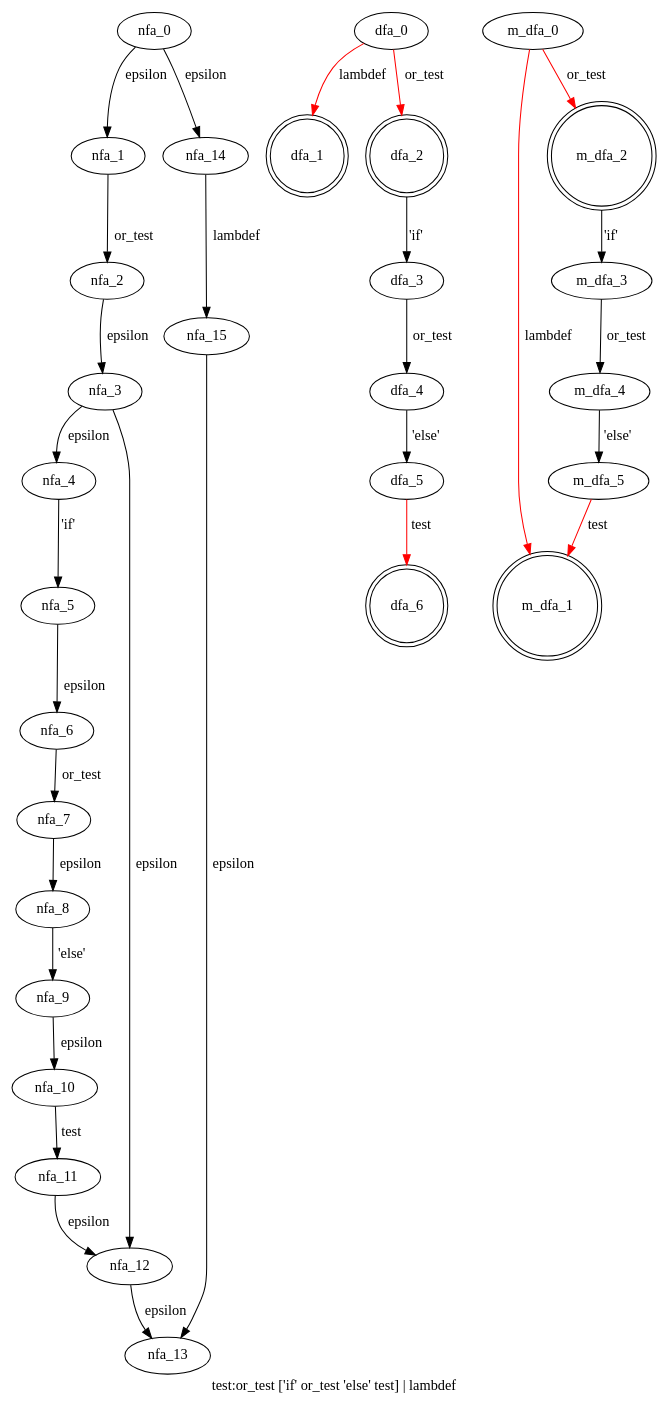
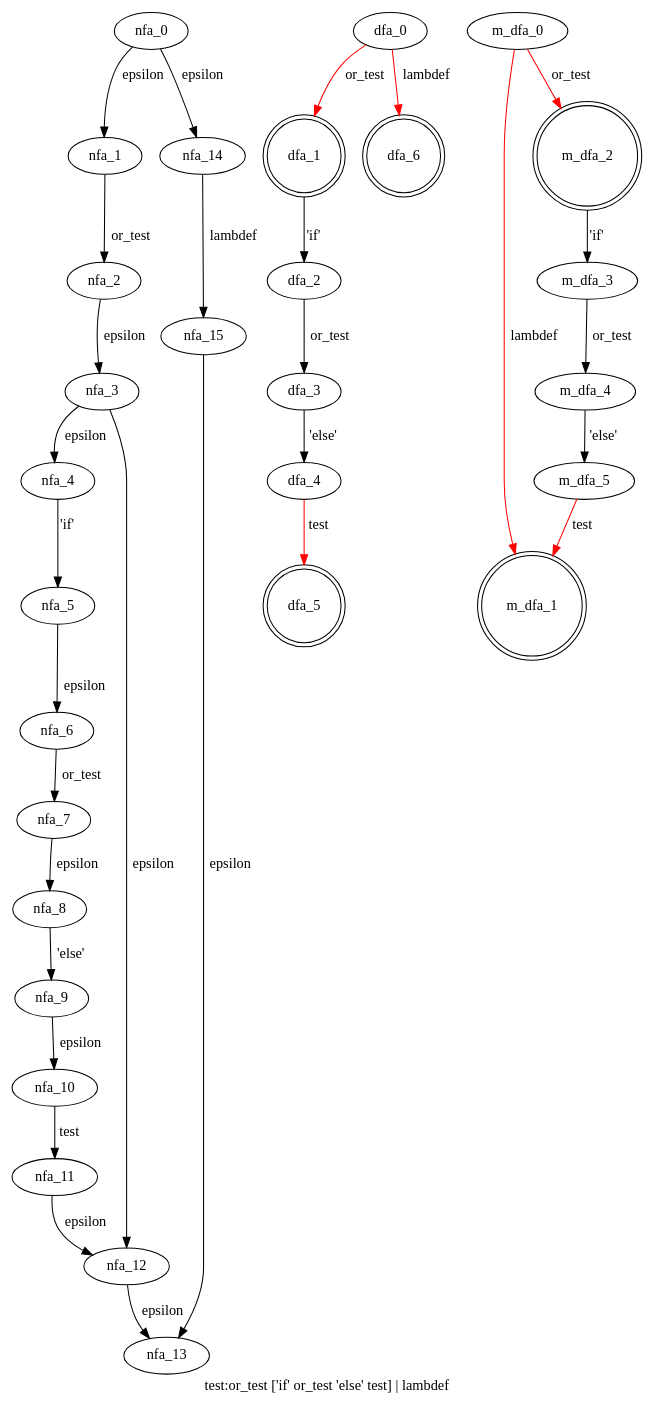
The diagram in cpython/grammar/handwrite/nfa_dfas/50.test.dot (WinChua/blog), drawn with Graphviz before and after one commit. The commit also changed 47 other files, not shown here.

```diff
--- a/cpython/grammar/handwrite/nfa_dfas/50.test.dot
+++ b/cpython/grammar/handwrite/nfa_dfas/50.test.dot
@@ -1,43 +1,43 @@
 digraph test {
  graph[label="test:or_test ['if' or_test 'else' test] | lambdef"]
  subgraph test_nfa {
   nfa_0->nfa_1[label="epsilon"]
   nfa_1->nfa_2[label="or_test"]
   nfa_2->nfa_3[label="epsilon"]
   nfa_3->nfa_4[label="epsilon"]
   nfa_4->nfa_5[label="'if'"]
   nfa_5->nfa_6[label="epsilon"]
   nfa_6->nfa_7[label="or_test"]
   nfa_7->nfa_8[label="epsilon"]
   nfa_8->nfa_9[label="'else'"]
   nfa_9->nfa_10[label="epsilon"]
   nfa_10->nfa_11[label="test"]
   nfa_11->nfa_12[label="epsilon"]
   nfa_12->nfa_13[label="epsilon"]
   nfa_3->nfa_12[label="epsilon"]
   nfa_0->nfa_14[label="epsilon"]
   nfa_14->nfa_15[label="lambdef"]
   nfa_15->nfa_13[label="epsilon"]
   }
  subgraph test_dfa {
-  dfa_0->dfa_1[label="lambdef",color=red]
-  dfa_0->dfa_2[label="or_test",color=red]
-  dfa_2->dfa_3[label="'if'"]
-  dfa_3->dfa_4[label="or_test"]
-  dfa_4->dfa_5[label="'else'"]
-  dfa_5->dfa_6[label="test",color=red]
+  dfa_0->dfa_1[label="or_test",color=red]
+  dfa_1->dfa_2[label="'if'"]
+  dfa_2->dfa_3[label="or_test"]
+  dfa_3->dfa_4[label="'else'"]
+  dfa_4->dfa_5[label="test",color=red]
+  dfa_0->dfa_6[label="lambdef",color=red]
   dfa_1[shape=doublecircle]
-  dfa_2[shape=doublecircle]
+  dfa_5[shape=doublecircle]
   dfa_6[shape=doublecircle]
   }
  subgraph test_m_dfa {
   m_dfa_0->m_dfa_1[label="lambdef",color=red]
   m_dfa_0->m_dfa_2[label="or_test",color=red]
   m_dfa_2->m_dfa_3[label="'if'"]
   m_dfa_3->m_dfa_4[label="or_test"]
   m_dfa_4->m_dfa_5[label="'else'"]
   m_dfa_5->m_dfa_1[label="test",color=red]
   m_dfa_1[shape=doublecircle]
   m_dfa_2[shape=doublecircle]
   }
 }
```
